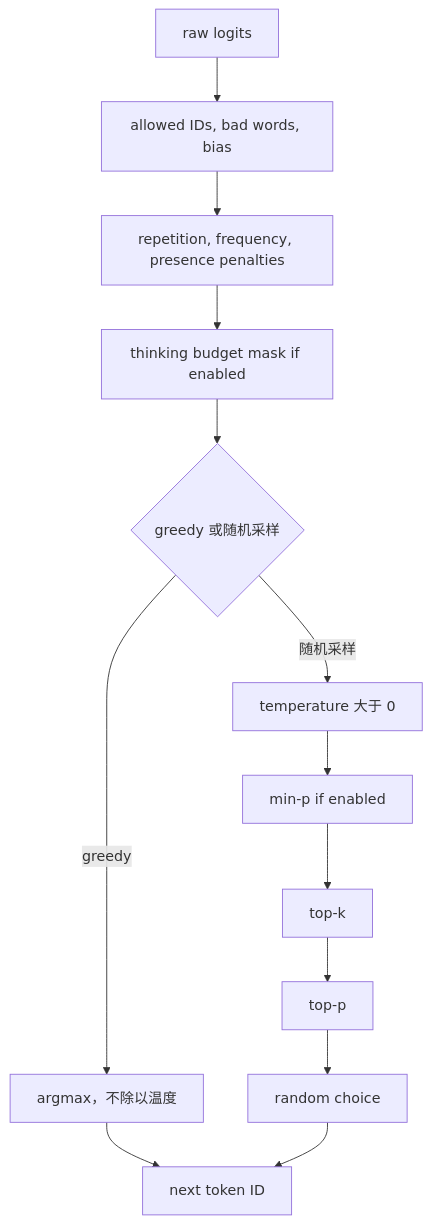
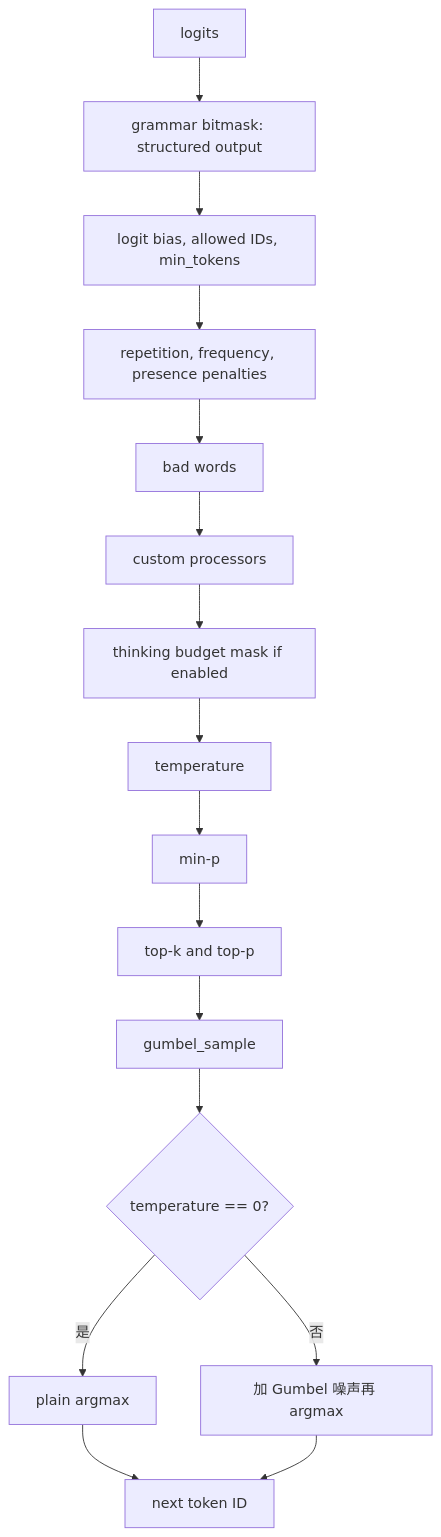
Before and after one commit to cluster1900/vllm_reader: the seventh of 12 diagrams in book/01-transformer-inference/README.md, drawn with Mermaid. The commit also changed other lines of this file, not shown here.

````diff
--- a/book/01-transformer-inference/README.md
+++ b/book/01-transformer-inference/README.md
@@ -650,15 +650,18 @@
 ```mermaid
 flowchart TD
-    Raw[raw logits] --> Rules[allowed IDs, bad words, bias]
-    Rules --> Penalty[repetition, frequency, presence penalties]
-    Penalty --> Thinking[thinking budget mask if enabled]
-    Thinking --> Mode{greedy 或随机采样}
-    Mode -->|greedy| Greedy[argmax，不除以温度]
-    Greedy --> Token
-    Mode -->|随机采样| Temp[temperature 大于 0]
-    Temp --> MinP[min-p if enabled]
-    MinP --> TopK[top-k]
-    TopK --> TopP[top-p]
-    TopP --> Choose[random choice]
-    Choose --> Token[next token ID]
+    Raw[logits] --> Gram[grammar bitmask: structured output]
+    Gram --> Bias[logit bias, allowed IDs, min_tokens]
+    Bias --> Penalty[repetition, frequency, presence penalties]
+    Penalty --> Bad[bad words]
+    Bad --> Custom[custom processors]
+    Custom --> Thinking[thinking budget mask if enabled]
+    Thinking --> Temp[temperature]
+    Temp --> MinP[min-p]
+    MinP --> TopKP[top-k and top-p]
+    TopKP --> Gumbel[gumbel_sample]
+    Gumbel --> Greedy{temperature == 0?}
+    Greedy -->|是| Arg[plain argmax]
+    Greedy -->|否| Noise[加 Gumbel 噪声再 argmax]
+    Arg --> Token[next token ID]
+    Noise --> Token
 ```
````
